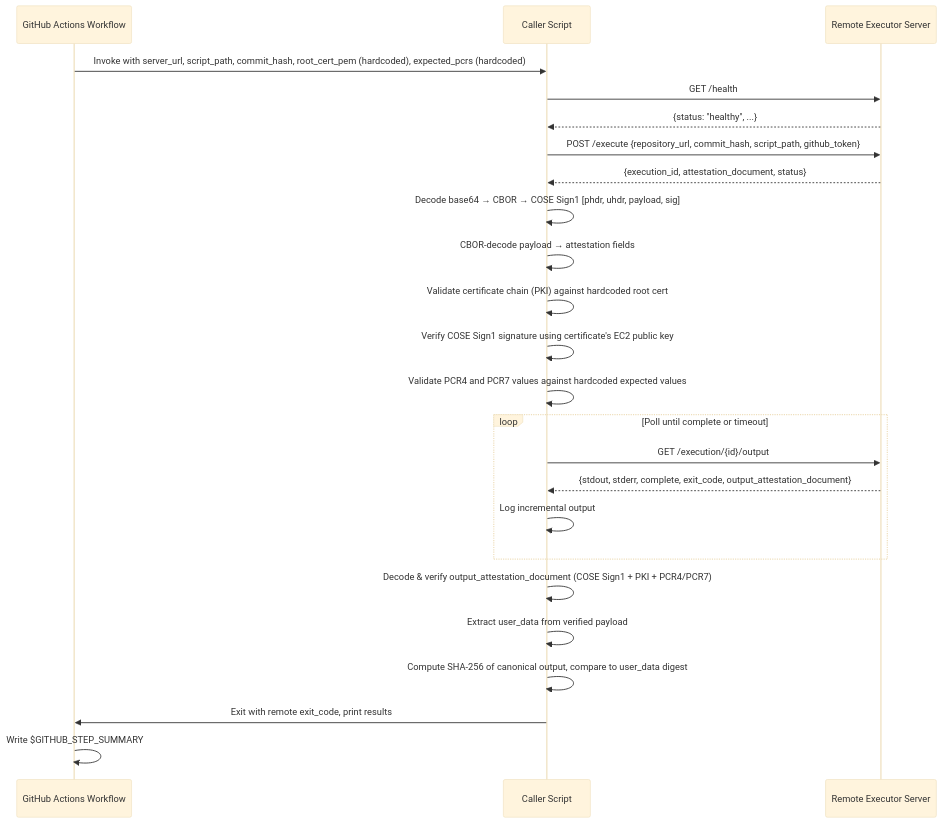
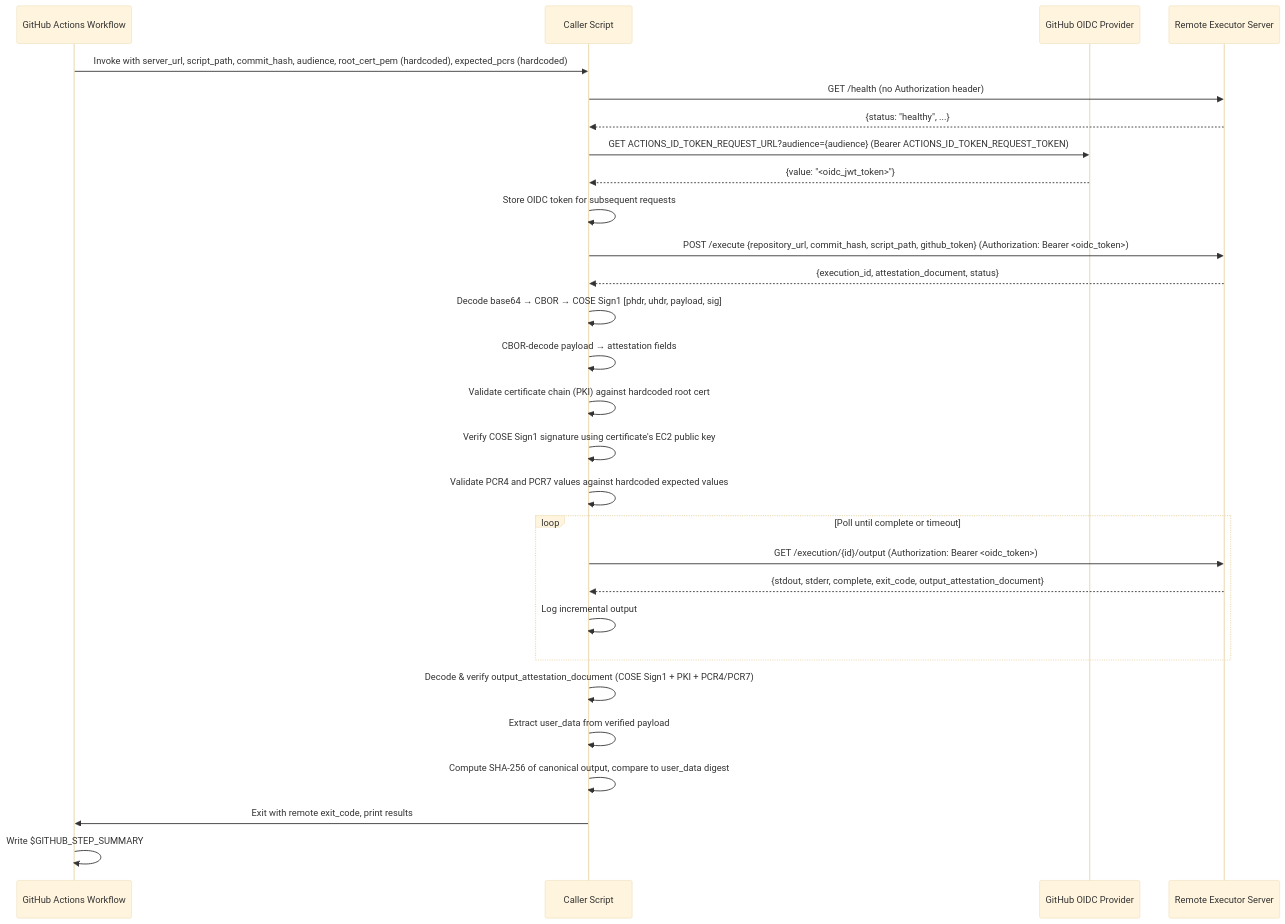
One commit to richardfan1126/github-runner-ec2-attestation changed the diagram in .kiro/specs/gha-remote-executor-caller/design.md. Above: the diagram before and after it, drawn with Mermaid (base theme). The commit also changed other lines of this file and 2 other files, not shown here.

First line of the commit message:
spec(gha-remote-executor-caller): add OIDC authentication support

````diff
--- a/.kiro/specs/gha-remote-executor-caller/design.md
+++ b/.kiro/specs/gha-remote-executor-caller/design.md
@@ -23,27 +24,31 @@
 ```mermaid
 sequenceDiagram
     participant GHA as GitHub Actions Workflow
     participant CS as Caller Script
+    participant OIDC as GitHub OIDC Provider
     participant RE as Remote Executor Server
 
-    GHA->>CS: Invoke with server_url, script_path, commit_hash, root_cert_pem (hardcoded), expected_pcrs (hardcoded)
-    CS->>RE: GET /health
+    GHA->>CS: Invoke with server_url, script_path, commit_hash, audience, root_cert_pem (hardcoded), expected_pcrs (hardcoded)
+    CS->>RE: GET /health (no Authorization header)
     RE-->>CS: {status: "healthy", ...}
-    CS->>RE: POST /execute {repository_url, commit_hash, script_path, github_token}
+    CS->>OIDC: GET ACTIONS_ID_TOKEN_REQUEST_URL?audience={audience} (Bearer ACTIONS_ID_TOKEN_REQUEST_TOKEN)
+    OIDC-->>CS: {value: "<oidc_jwt_token>"}
+    CS->>CS: Store OIDC token for subsequent requests
+    CS->>RE: POST /execute {repository_url, commit_hash, script_path, github_token} (Authorization: Bearer <oidc_token>)
     RE-->>CS: {execution_id, attestation_document, status}
     CS->>CS: Decode base64 → CBOR → COSE Sign1 [phdr, uhdr, payload, sig]
     CS->>CS: CBOR-decode payload → attestation fields
     CS->>CS: Validate certificate chain (PKI) against hardcoded root cert
     CS->>CS: Verify COSE Sign1 signature using certificate's EC2 public key
     CS->>CS: Validate PCR4 and PCR7 values against hardcoded expected values
     loop Poll until complete or timeout
-        CS->>RE: GET /execution/{id}/output
+        CS->>RE: GET /execution/{id}/output (Authorization: Bearer <oidc_token>)
         RE-->>CS: {stdout, stderr, complete, exit_code, output_attestation_document}
         CS->>CS: Log incremental output
     end
     CS->>CS: Decode & verify output_attestation_document (COSE Sign1 + PKI + PCR4/PCR7)
     CS->>CS: Extract user_data from verified payload
     CS->>CS: Compute SHA-256 of canonical output, compare to user_data digest
     CS->>GHA: Exit with remote exit_code, print results
     GHA->>GHA: Write $GITHUB_STEP_SUMMARY
 ```
````
